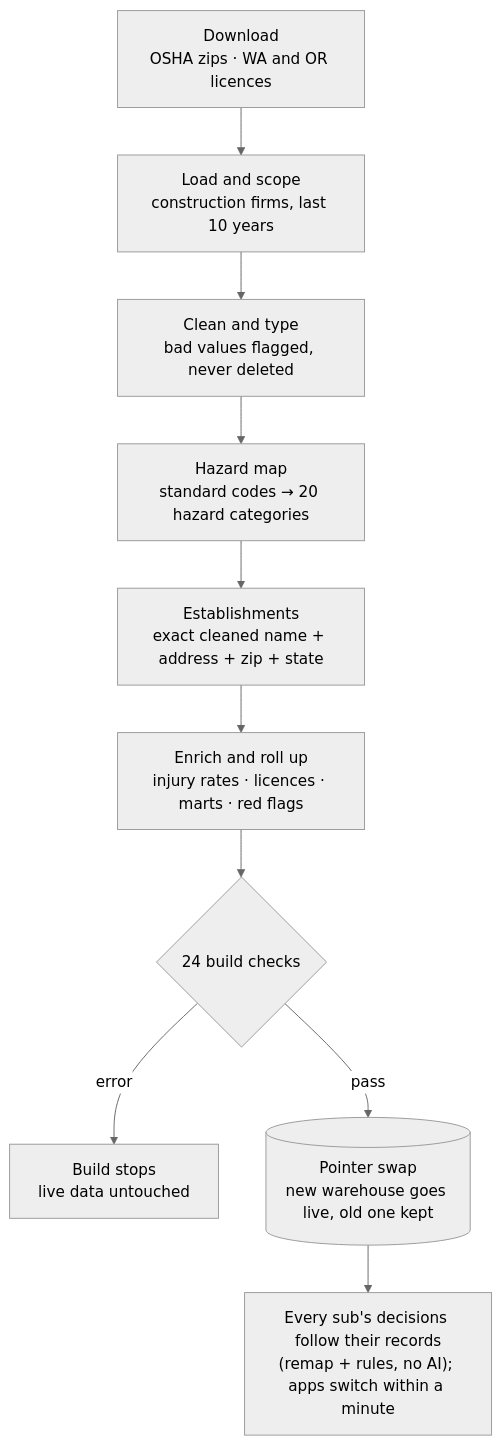
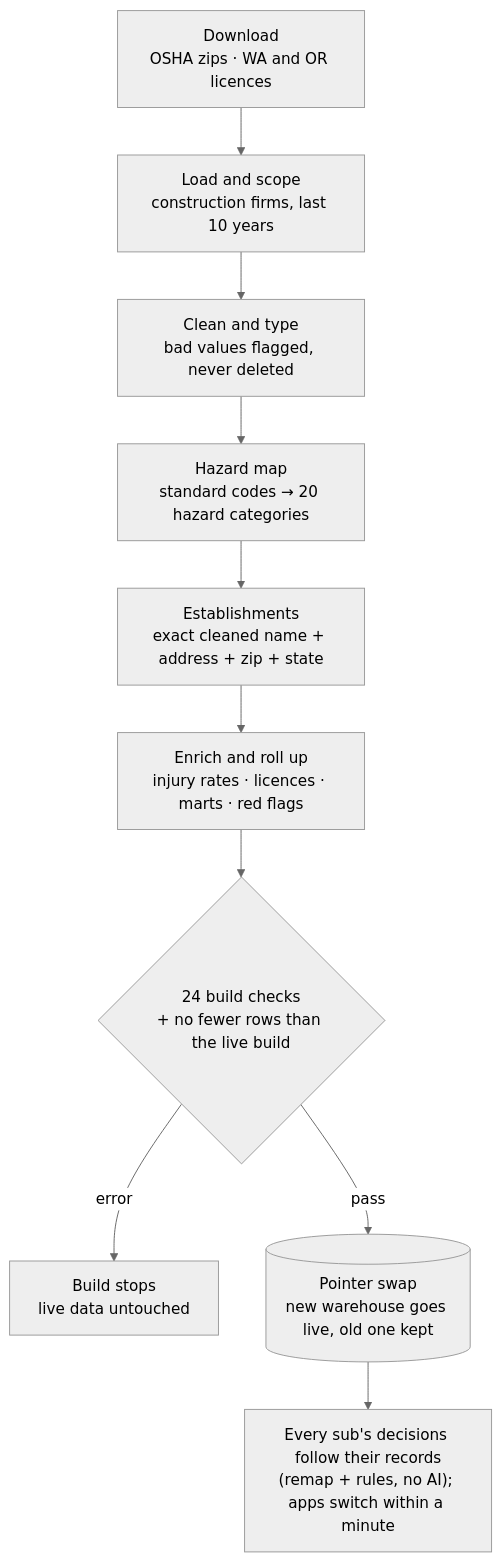
The second of 5 diagrams in README.md (peterhyland0/site-safety-intelligence), drawn with Mermaid (neutral theme) before and after one commit. The commit also changed other lines of this file and 5 other files, not shown here.

First line of the commit message:
A build short of raw files never goes live, and a failed extraction keeps the last whole set

````diff
--- a/README.md
+++ b/README.md
@@ -71,17 +71,17 @@
 ```mermaid
 flowchart TB
   dl["Download<br/>OSHA zips · WA and OR licences"]
   scope["Load and scope<br/>construction firms, last 10 years"]
   clean["Clean and type<br/>bad values flagged, never deleted"]
   haz["Hazard map<br/>standard codes → 20 hazard categories"]
   est["Establishments<br/>exact cleaned name + address + zip + state"]
   enr["Enrich and roll up<br/>injury rates · licences · marts · red flags"]
-  chk{"24 build checks"}
+  chk{"24 build checks<br/>+ no fewer rows than the live build"}
   stop["Build stops<br/>live data untouched"]
   swap[("Pointer swap<br/>new warehouse goes live, old one kept")]
   rem["Every sub's decisions follow their records<br/>(remap + rules, no AI); apps switch within a minute"]
   dl --> scope --> clean --> haz --> est --> enr --> chk
   chk -- "error" --> stop
   chk -- "pass" --> swap
   swap --> rem
 ```
````
